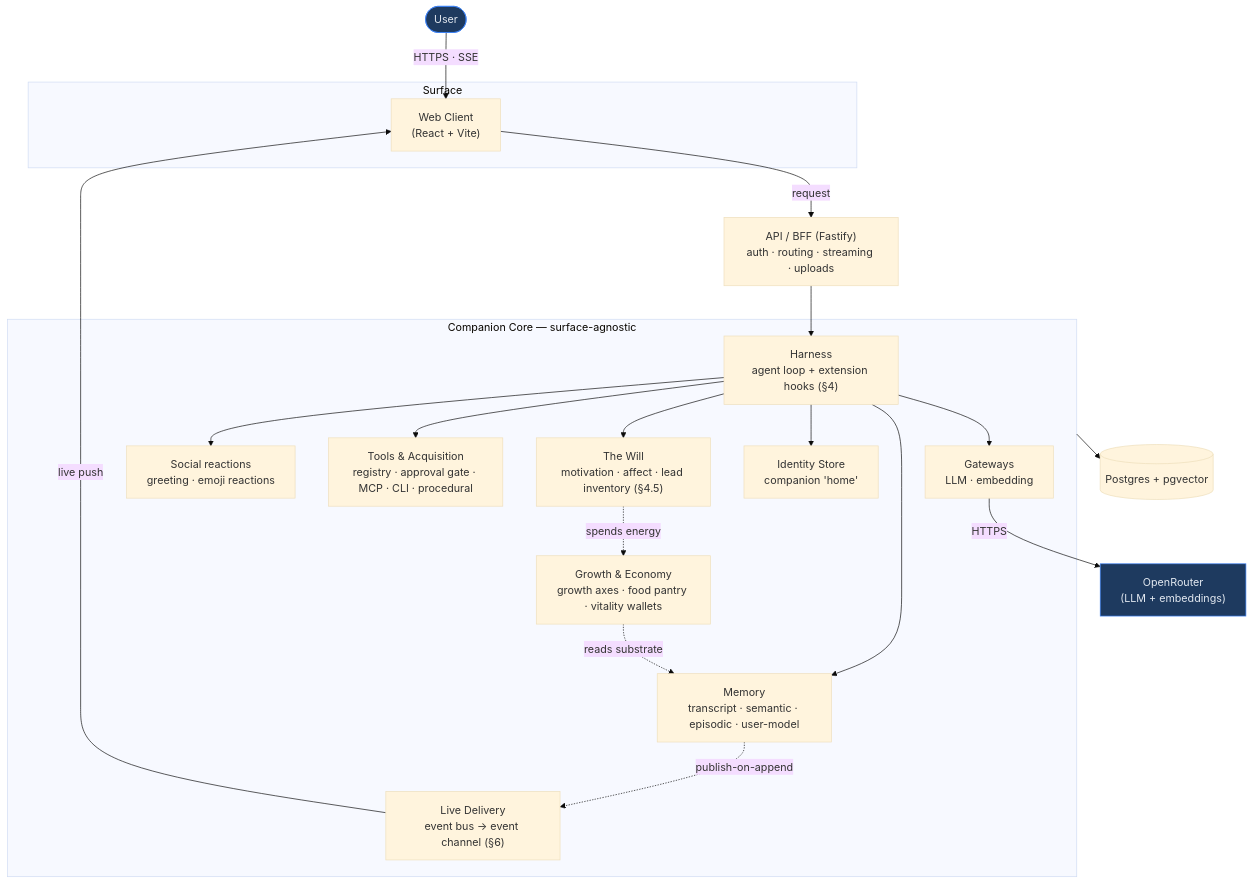
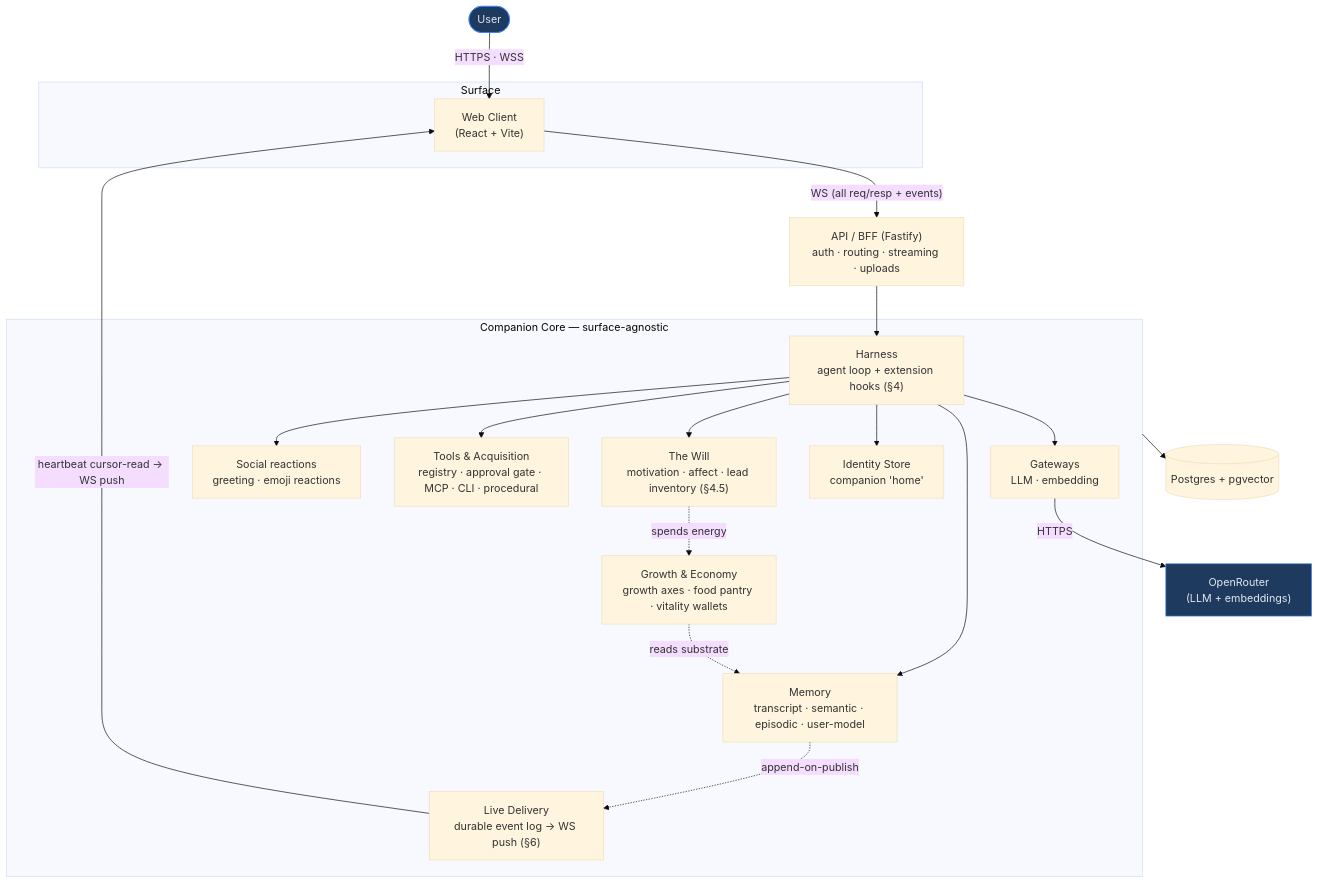
One commit to CobbleStamp/CobbleCompanion changed the first of 12 diagrams in docs/architecture.md. Above: the diagram before and after it, drawn with Mermaid (base theme). The commit also changed other lines of this file and 2 other files, not shown here.

````diff
--- a/docs/architecture.md
+++ b/docs/architecture.md
@@ -83,40 +83,40 @@
 ```mermaid
 flowchart TB
   USER([User])
   subgraph SURF["Surface"]
     WEB0["Web Client<br/>(React + Vite)"]
   end
   API0["API / BFF (Fastify)<br/>auth · routing · streaming · uploads"]
   subgraph CORE0["Companion Core — surface-agnostic"]
     H0["Harness<br/>agent loop + extension hooks (§4)"]
     MEM0["Memory<br/>transcript · semantic · episodic · user-model"]
     WILL0["The Will<br/>motivation · affect · lead inventory (§4.5)"]
     SOC0["Social reactions<br/>greeting · emoji reactions"]
     TOOL0["Tools &amp; Acquisition<br/>registry · approval gate · MCP · CLI · procedural"]
     GROW0["Growth &amp; Economy<br/>growth axes · food pantry · vitality wallets"]
-    DELIV0["Live Delivery<br/>event bus → event channel (§6)"]
+    DELIV0["Live Delivery<br/>durable event log → WS push (§6)"]
     GW0["Gateways<br/>LLM · embedding"]
     ID0["Identity Store<br/>companion 'home'"]
   end
   PG0[("Postgres + pgvector")]
   OR0["OpenRouter<br/>(LLM + embeddings)"]
 
-  USER -->|HTTPS · SSE| WEB0
-  WEB0 -->|request| API0
+  USER -->|HTTPS · WSS| WEB0
+  WEB0 -->|"WS (all req/resp + events)"| API0
   API0 --> H0
   H0 --> MEM0
   H0 --> WILL0
   H0 --> SOC0
   H0 --> TOOL0
   H0 --> ID0
   H0 --> GW0
   WILL0 -.->|spends energy| GROW0
   GROW0 -.->|reads substrate| MEM0
-  MEM0 -.->|publish-on-append| DELIV0
-  DELIV0 -->|live push| WEB0
+  MEM0 -.->|append-on-publish| DELIV0
+  DELIV0 -->|"heartbeat cursor-read → WS push"| WEB0
   GW0 -->|HTTPS| OR0
   CORE0 --> PG0
 
   classDef ext fill:#1e3a5f,stroke:#3b82f6,color:#e2e8f0;
   class OR0,USER ext;
 ```
````
